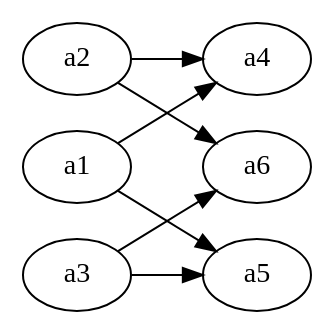
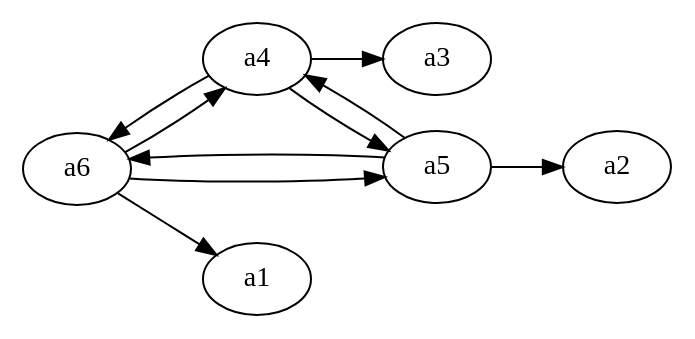
One commit to kisp/arfex changed the diagram in test_pl2af01/af.dot. Above: the diagram before and after it, drawn with Graphviz. The commit also changed 2 other files, not shown here.

```diff
--- a/test_pl2af01/af.dot
+++ b/test_pl2af01/af.dot
@@ -1,15 +1,18 @@
 digraph to_dot {
   rankdir=LR;
   "a1" ;
   "a2" ;
   "a3" ;
   "a4" ;
   "a5" ;
   "a6" ;
- "a1" -> "a4" ;
- "a1" -> "a5" ;
- "a2" -> "a4" ;
- "a2" -> "a6" ;
- "a3" -> "a5" ;
- "a3" -> "a6" ;
+ "a6" -> "a1" ;
+ "a5" -> "a2" ;
+ "a4" -> "a3" ;
+ "a4" -> "a5" ;
+ "a5" -> "a4" ;
+ "a4" -> "a6" ;
+ "a6" -> "a4" ;
+ "a5" -> "a6" ;
+ "a6" -> "a5" ;
 }
```
